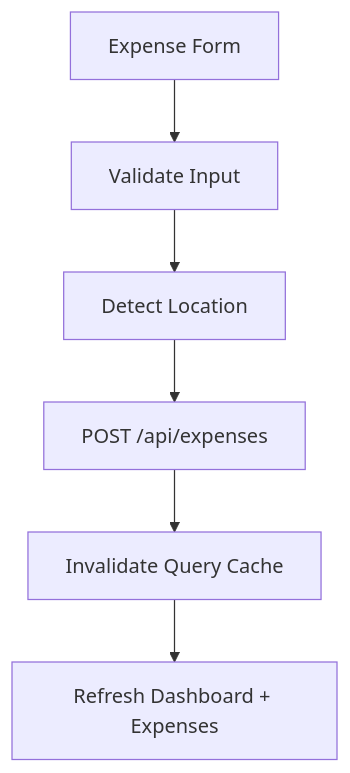
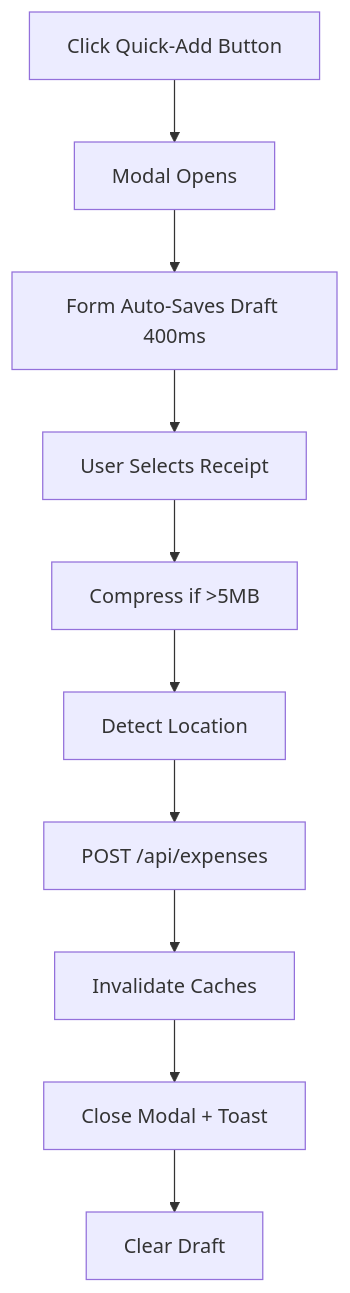
One commit to bharatbhusal/track-my-biryani changed the second of 5 diagrams in docs/UX.md. Above: the diagram before and after it, drawn with Mermaid. The commit also changed other lines of this file and 53 other files, not shown here.

First line of the commit message:
feat: enhance analytics and expenses APIs with query parameters and new endpoints

````diff
--- a/docs/UX.md
+++ b/docs/UX.md
@@ -31,8 +73,12 @@
 ```mermaid
 flowchart TD
-A[Expense Form] --> B[Validate Input]
-B --> C[Detect Location]
-C --> D[POST /api/expenses]
-D --> E[Invalidate Query Cache]
-E --> F[Refresh Dashboard + Expenses]
+  A[Click Quick-Add Button] --> B[Modal Opens]
+  B --> C[Form Auto-Saves Draft 400ms]
+  C --> D[User Selects Receipt]
+  D --> E[Compress if >5MB]
+  E --> F[Detect Location]
+  F --> G[POST /api/expenses]
+  G --> H[Invalidate Caches]
+  H --> I[Close Modal + Toast]
+  I --> J[Clear Draft]
 ```
````
